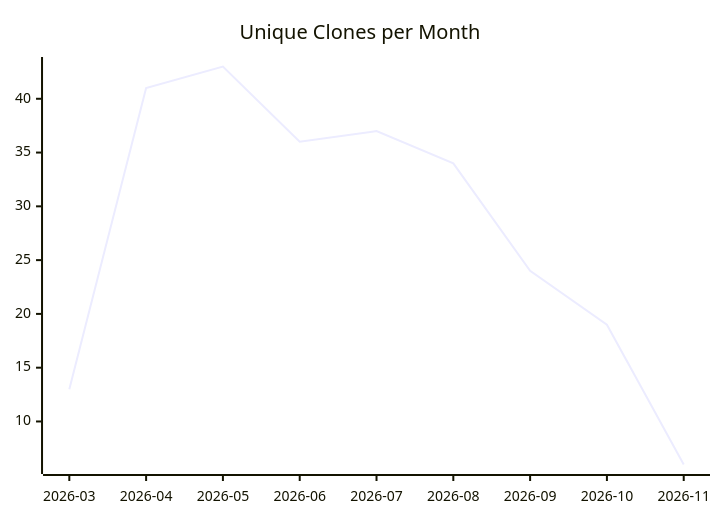
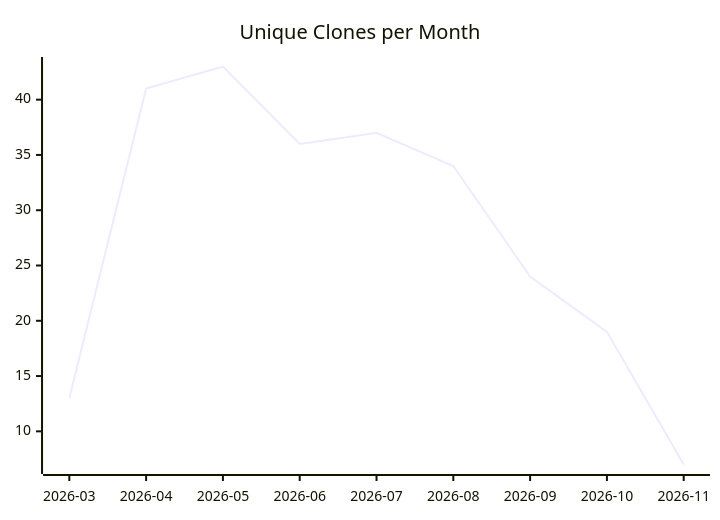
Before and after one commit to justdavis-family/github-analytics-data: the third of 3 diagrams in karlmdavis/usgs-water-api-java/README.md, drawn with Mermaid. The commit also changed other lines of this file and 196 other files, not shown here.

````diff
--- a/karlmdavis/usgs-water-api-java/README.md
+++ b/karlmdavis/usgs-water-api-java/README.md
@@ -19,6 +19,6 @@
 ```mermaid
 xychart-beta
   title "Unique Clones per Month"
   x-axis ["2026-03", "2026-04", "2026-05", "2026-06", "2026-07", "2026-08", "2026-09", "2026-10", "2026-11"]
-  line [13, 41, 43, 36, 37, 34, 24, 19, 6]
+  line [13, 41, 43, 36, 37, 34, 24, 19, 7]
 ```
````
